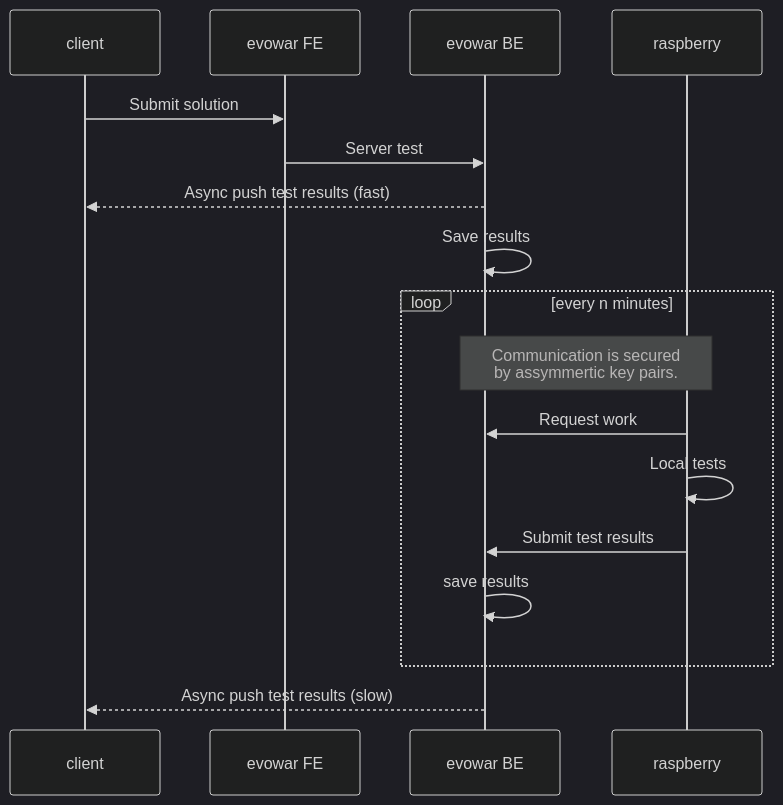
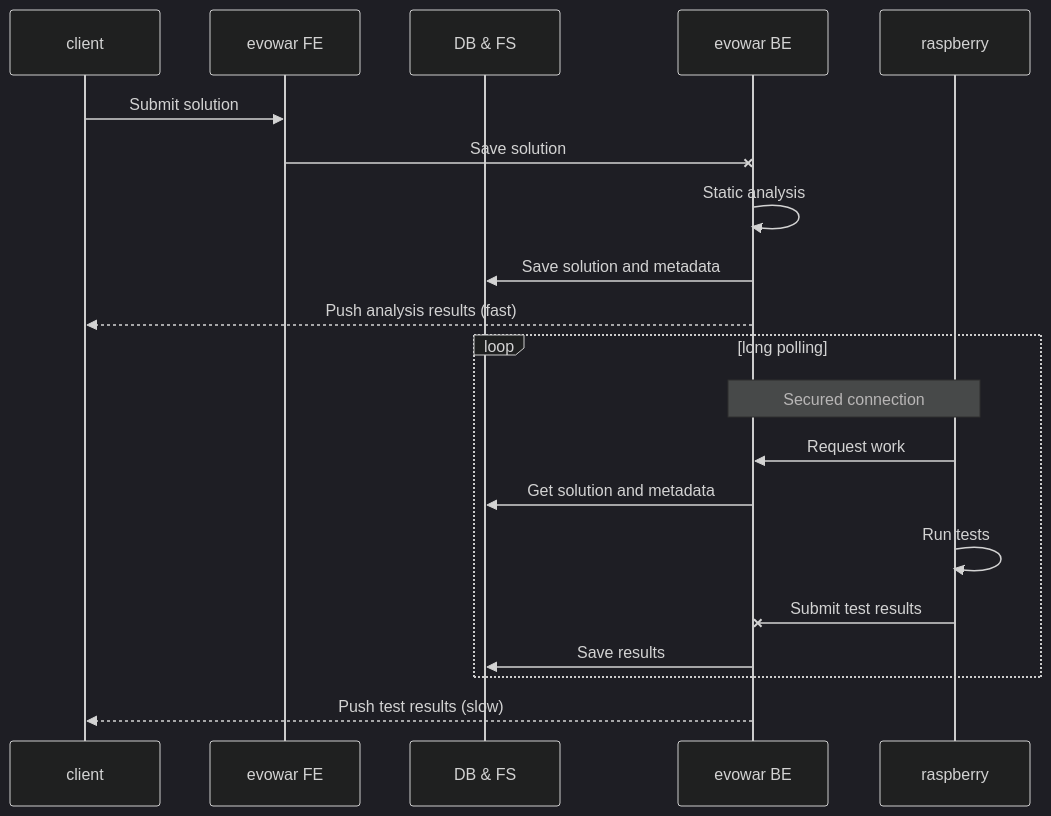
One commit to sanraith/evocontest changed the second of 2 diagrams in docs/architecture.md. Above: the diagram before and after it, drawn with Mermaid (dark theme). The commit also changed other lines of this file and 1 other file, not shown here.

Commit message:
Added timeline doc and updated architecture doc.

````diff
--- a/docs/architecture.md
+++ b/docs/architecture.md
@@ -12,18 +36,25 @@
 ```mermaid
 sequenceDiagram
 
-client ->> evowar FE:Submit solution
-evowar FE ->> evowar BE: Server test
-evowar BE -->> client: Async push test results (fast)
-evowar BE ->> evowar BE: Save results
+participant client
+participant FE as evowar FE
+participant DB as DB & FS
+participant BE as evowar BE
+participant raspberry
 
-loop every n minutes
-	Note over evowar BE, raspberry: Communication is secured<br/> by assymmertic key pairs.
-	raspberry ->> evowar BE: Request work
-	raspberry ->> raspberry: Local tests
-	raspberry ->> evowar BE: Submit test results
-	evowar BE ->> evowar BE: save results
+client ->> FE:Submit solution
+FE -x BE: Save solution
+BE ->> BE: Static analysis
+BE ->> DB: Save solution and metadata
+BE -->> client: Push analysis results (fast)
+
+loop long polling
+	Note over BE, raspberry: Secured connection
+	raspberry ->> BE: Request work
+	BE ->> DB: Get solution and metadata
+	raspberry ->> raspberry: Run tests
+	raspberry -x BE: Submit test results
+	BE ->> DB: Save results
 end
-
-evowar BE -->> client: Async push test results (slow)
+BE -->> client: Push test results (slow)
 ```
````
